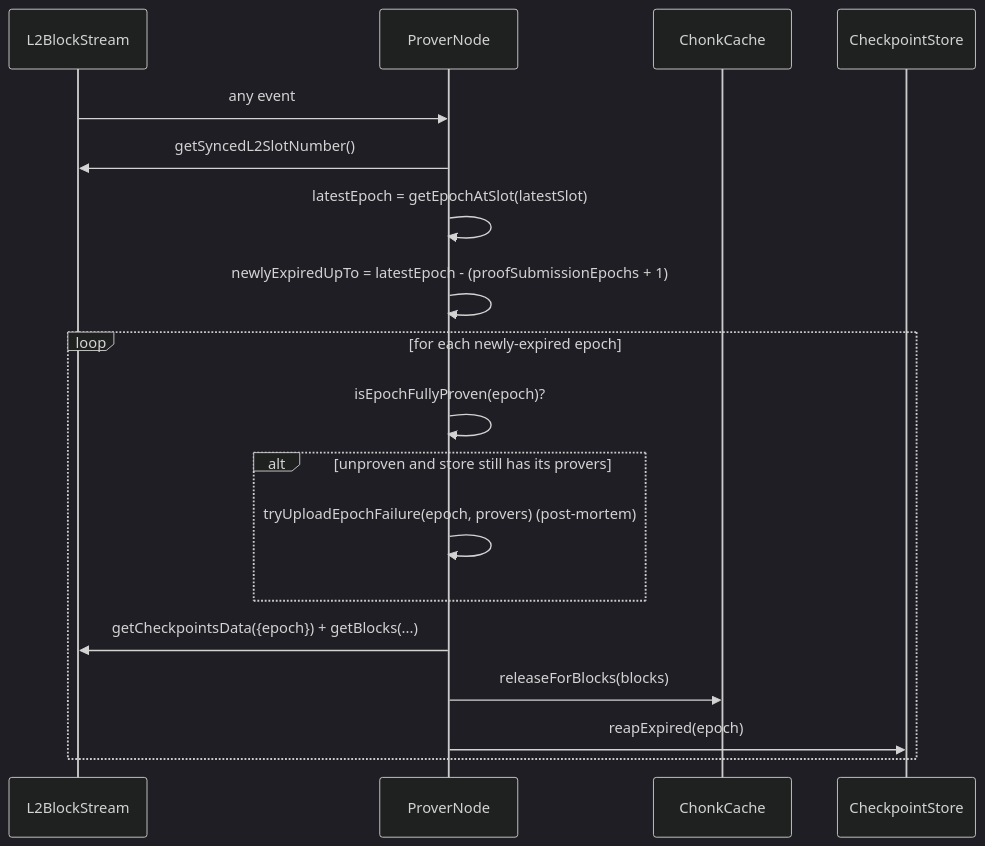
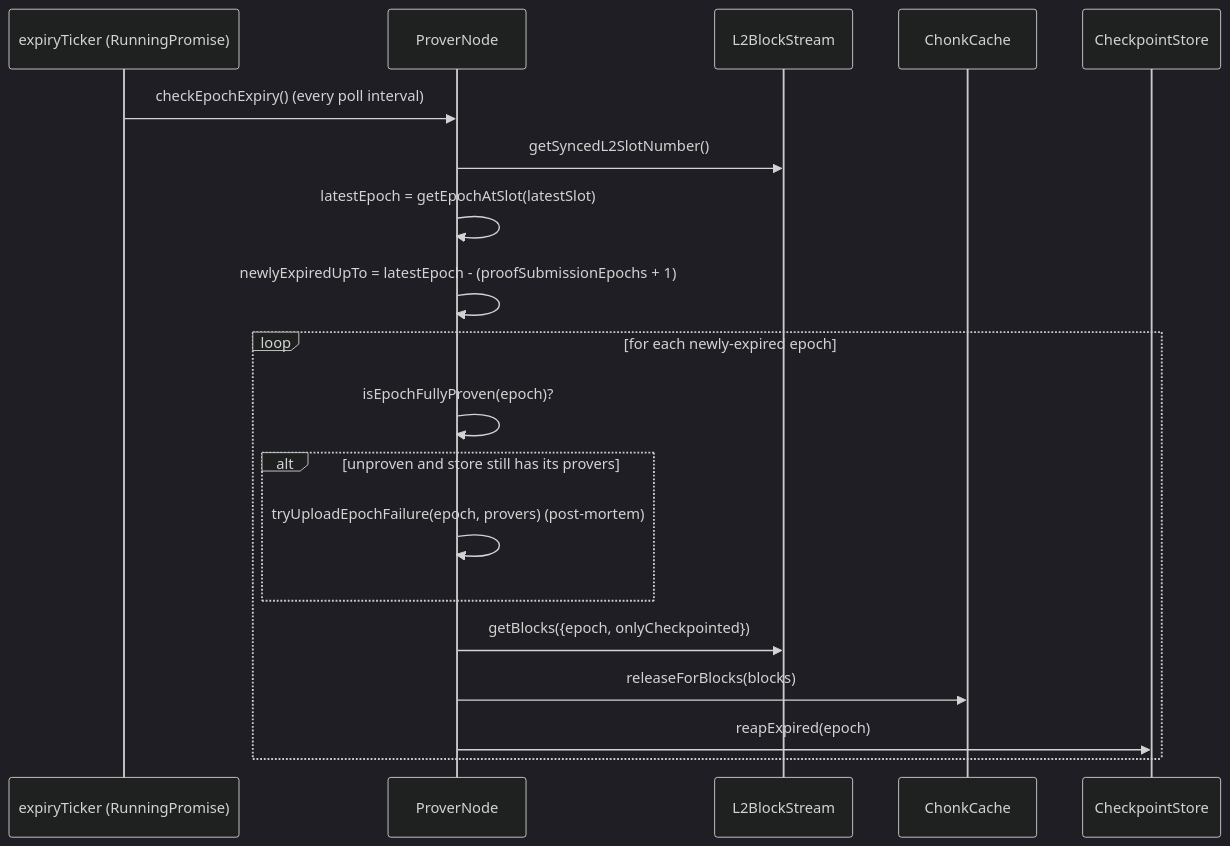
Before and after one commit to AztecProtocol/aztec-packages: the seventh of 7 diagrams in yarn-project/prover-node/README.md, drawn with Mermaid (dark theme). The commit also changed other lines of this file, not shown here.

First line of the commit message:
docs(prover-node): update expiry section for ticker-driven sweep

````diff
--- a/yarn-project/prover-node/README.md
+++ b/yarn-project/prover-node/README.md
@@ -340,21 +340,22 @@
 ```mermaid
 sequenceDiagram
+  participant T as expiryTicker (RunningPromise)
+  participant PN as ProverNode
   participant L2 as L2BlockStream
-  participant PN as ProverNode
   participant CC as ChonkCache
   participant CS as CheckpointStore
 
-  L2->>PN: any event
+  T->>PN: checkEpochExpiry() (every poll interval)
   PN->>L2: getSyncedL2SlotNumber()
   PN->>PN: latestEpoch = getEpochAtSlot(latestSlot)
   PN->>PN: newlyExpiredUpTo = latestEpoch - (proofSubmissionEpochs + 1)
   loop for each newly-expired epoch
     PN->>PN: isEpochFullyProven(epoch)?
     alt unproven and store still has its provers
       PN->>PN: tryUploadEpochFailure(epoch, provers) (post-mortem)
     end
-    PN->>L2: getCheckpointsData({epoch}) + getBlocks(...)
+    PN->>L2: getBlocks({epoch, onlyCheckpointed})
     PN->>CC: releaseForBlocks(blocks)
     PN->>CS: reapExpired(epoch)
   end
 ```
````
